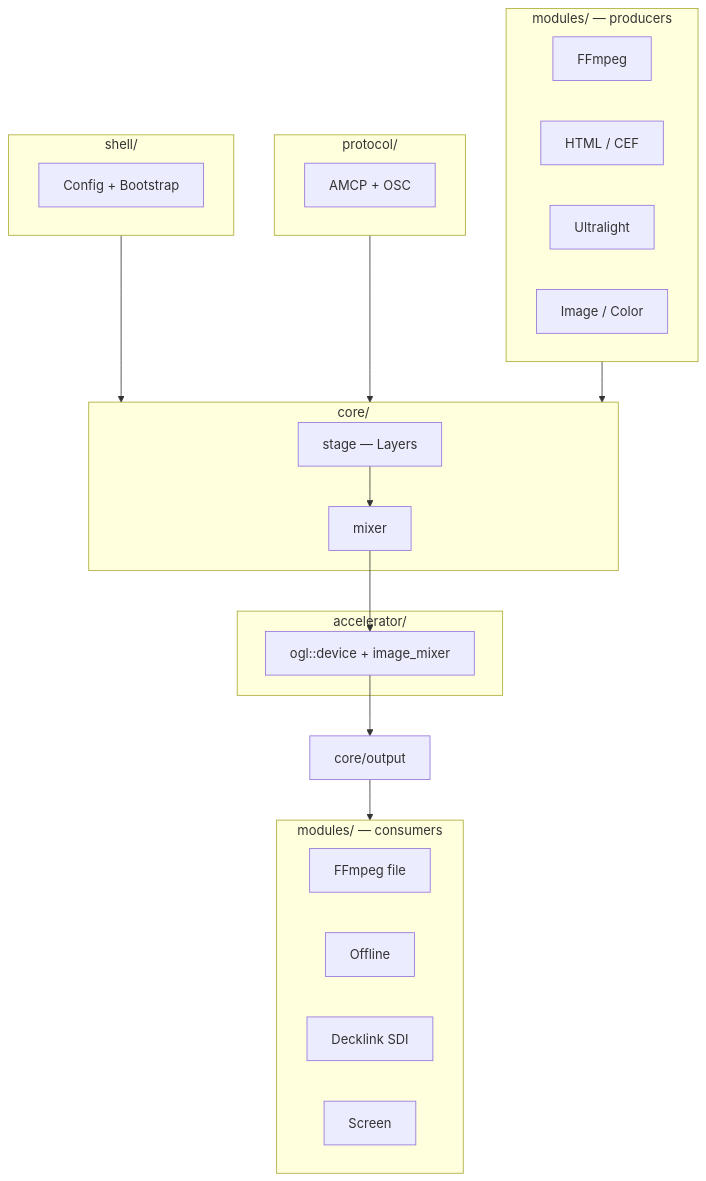
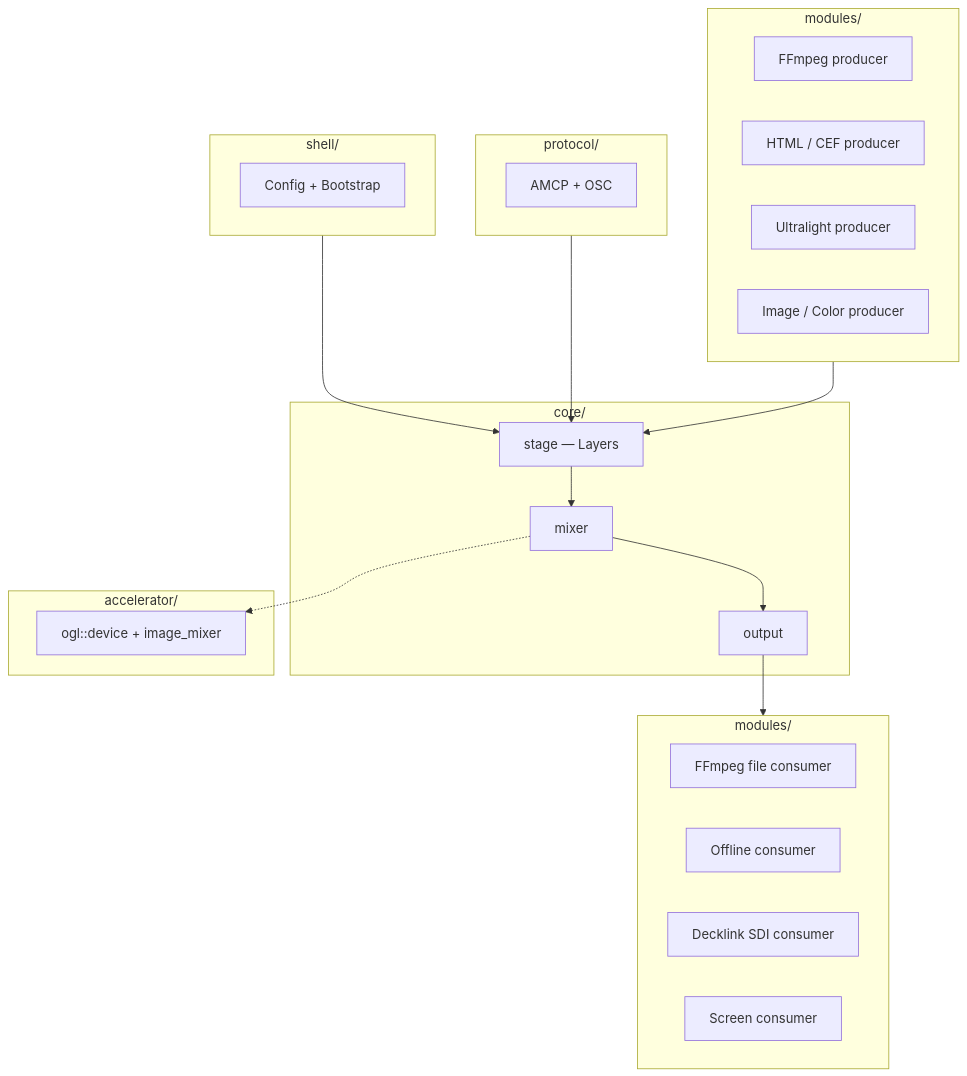
The first of 10 diagrams in docs/architecture.md (den-frie-vilje/casparCG), drawn with Mermaid before and after one commit.

Commit message:
docs: fix architecture diagram, single core/ box

````diff
--- a/docs/architecture.md
+++ b/docs/architecture.md
@@ -31,41 +31,42 @@
 ```mermaid
 graph TD
     subgraph S["shell/"]
         SHELL[Config + Bootstrap]
     end
 
     subgraph P["protocol/"]
         AMCP[AMCP + OSC]
     end
 
-    subgraph MP["modules/ — producers"]
-        FFPROD[FFmpeg]
-        HTMLPROD[HTML / CEF]
-        ULPROD[Ultralight]
-        IMGPROD[Image / Color]
+    subgraph MP["modules/"]
+        FFPROD[FFmpeg producer]
+        HTMLPROD[HTML / CEF producer]
+        ULPROD[Ultralight producer]
+        IMGPROD[Image / Color producer]
     end
 
-    S --> C
-    P --> C
-    MP --> C
+    S --> STAGE
+    P --> STAGE
+    MP --> STAGE
 
     subgraph C["core/"]
-        STAGE[stage — Layers] --> MIXER[mixer]
+        STAGE[stage — Layers]
+        STAGE --> MIXER[mixer]
+        MIXER --> OUTPUT[output]
     end
+
+    MIXER -.-> OGL
 
     subgraph A["accelerator/"]
         OGL[ogl::device + image_mixer]
     end
 
-    MIXER --> OGL
-    OGL --> OUTPUT[core/output]
-
-    subgraph MC["modules/ — consumers"]
-        FFCONS[FFmpeg file]
-        OFFCONS[Offline]
-        DECK[Decklink SDI]
-        SCREEN[Screen]
+    subgraph MC["modules/"]
+        FFCONS[FFmpeg file consumer]
+        OFFCONS[Offline consumer]
+        DECK[Decklink SDI consumer]
+        SCREEN[Screen consumer]
     end
 
     OUTPUT --> MC
 ```
````
